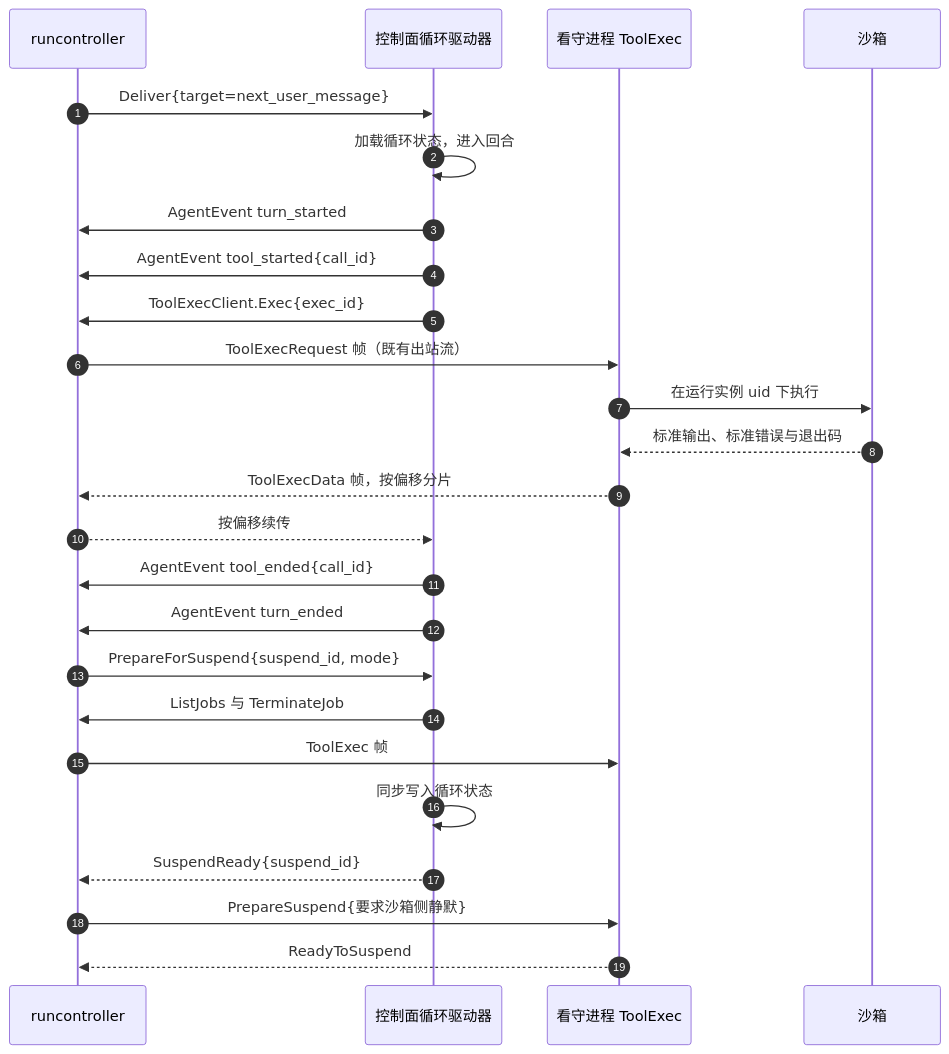
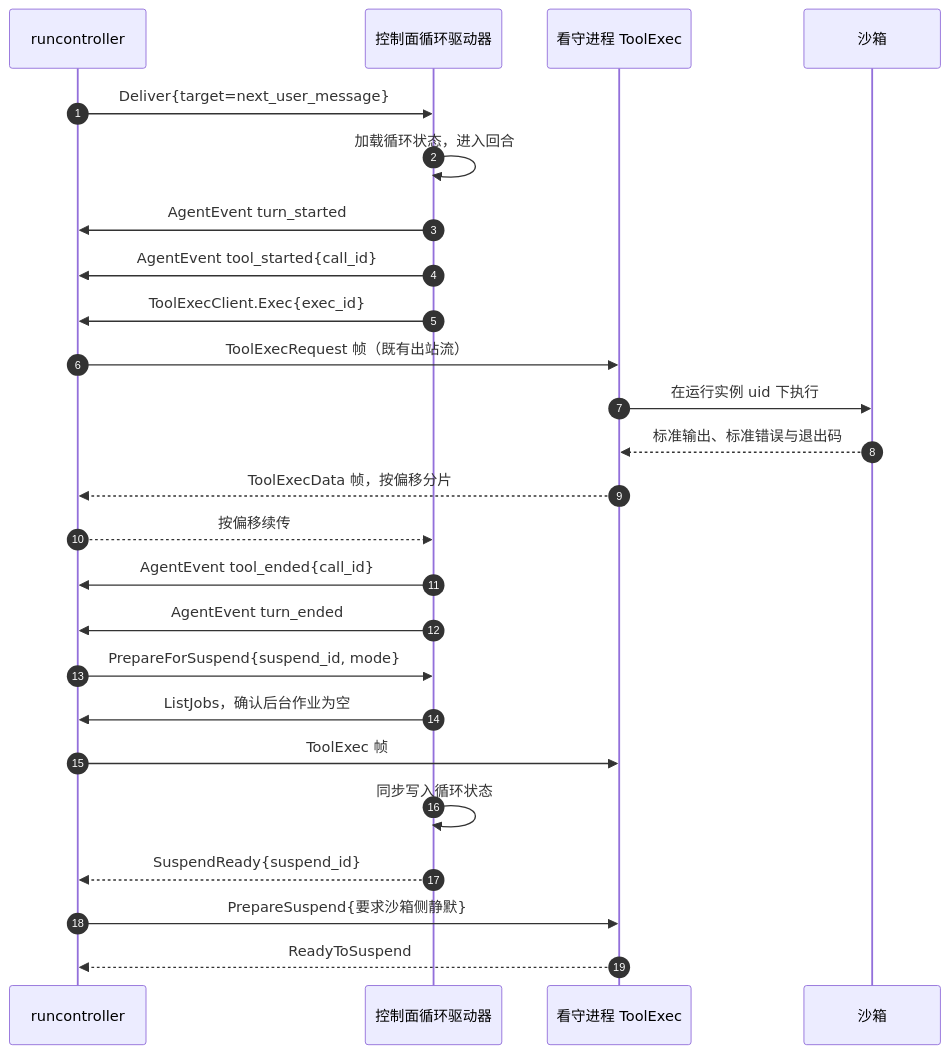
The second of 2 diagrams in docs/design/modules/warden/design-warden-driver-native.md (wangzw/castworks), drawn with Mermaid before and after one commit. The commit also changed other lines of this file and 25 other files, not shown here.

````diff
--- a/docs/design/modules/warden/design-warden-driver-native.md
+++ b/docs/design/modules/warden/design-warden-driver-native.md
@@ -235,27 +240,27 @@
 ```mermaid
 sequenceDiagram
     autonumber
     participant R as runcontroller
     participant D as 控制面循环驱动器
     participant W as 看守进程 ToolExec
     participant S as 沙箱
     R->>D: Deliver{target=next_user_message}
     D->>D: 加载循环状态，进入回合
     D->>R: AgentEvent turn_started
     D->>R: AgentEvent tool_started{call_id}
     D->>R: ToolExecClient.Exec{exec_id}
     R->>W: ToolExecRequest 帧（既有出站流）
     W->>S: 在运行实例 uid 下执行
     S-->>W: 标准输出、标准错误与退出码
     W-->>R: ToolExecData 帧，按偏移分片
     R-->>D: 按偏移续传
     D->>R: AgentEvent tool_ended{call_id}
     D->>R: AgentEvent turn_ended
     R->>D: PrepareForSuspend{suspend_id, mode}
-    D->>R: ListJobs 与 TerminateJob
+    D->>R: ListJobs，确认后台作业为空
     R->>W: ToolExec 帧
     D->>D: 同步写入循环状态
     D-->>R: SuspendReady{suspend_id}
     R->>W: PrepareSuspend{要求沙箱侧静默}
     W-->>R: ReadyToSuspend
 ```
````
